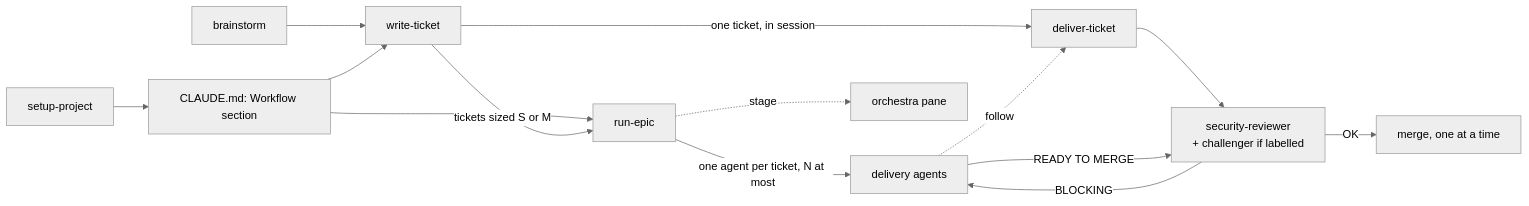
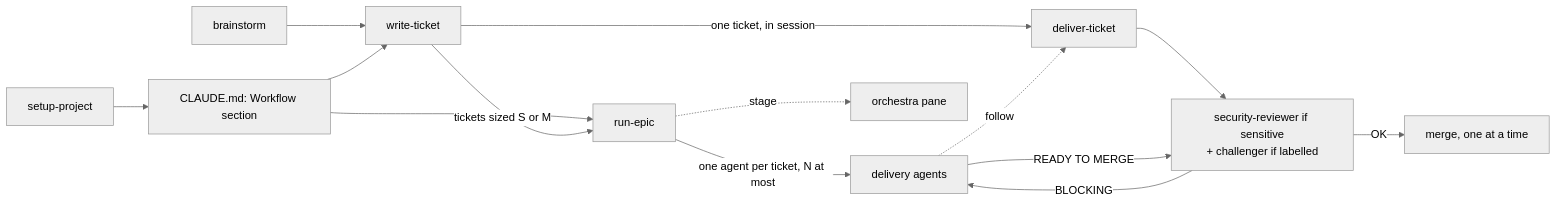
One commit to Xavier-Cliquennois/claude-ticket-flow changed the diagram in README.md. Above: the diagram before and after it, drawn with Mermaid (neutral theme). The commit also changed other lines of this file and 14 other files, not shown here.

First line of the commit message:
feat(ticket-flow): ne lance les revues que là où elles peuvent trouver quelque chose

````diff
--- a/README.md
+++ b/README.md
@@ -41,16 +41,16 @@
 ```mermaid
 flowchart LR
   S["setup-project"] --> C["CLAUDE.md: Workflow section"]
   B["brainstorm"] --> W["write-ticket"]
   C --> W
   C --> E["run-epic"]
   W -->|"tickets sized S or M"| E
   W -->|"one ticket, in session"| D["deliver-ticket"]
   D --> R
   E -->|"one agent per ticket, N at most"| A["delivery agents"]
   A -.->|"follow"| D
-  A -->|"READY TO MERGE"| R["security-reviewer<br/>+ challenger if labelled"]
+  A -->|"READY TO MERGE"| R["security-reviewer if sensitive<br/>+ challenger if labelled"]
   R -->|"OK"| M["merge, one at a time"]
   R -->|"BLOCKING"| A
   E -.->|"stage"| O["orchestra pane"]
 ```
````
